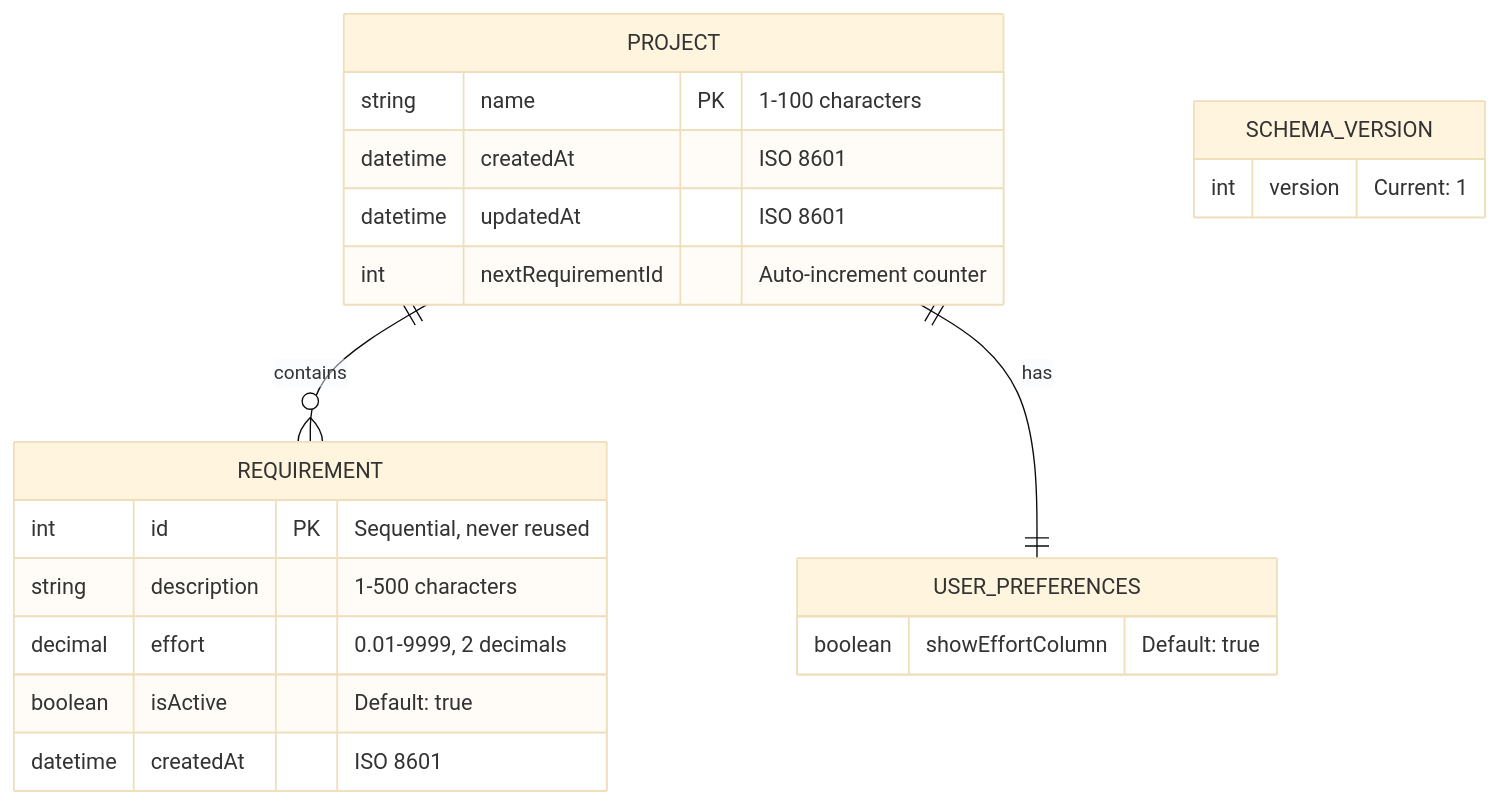
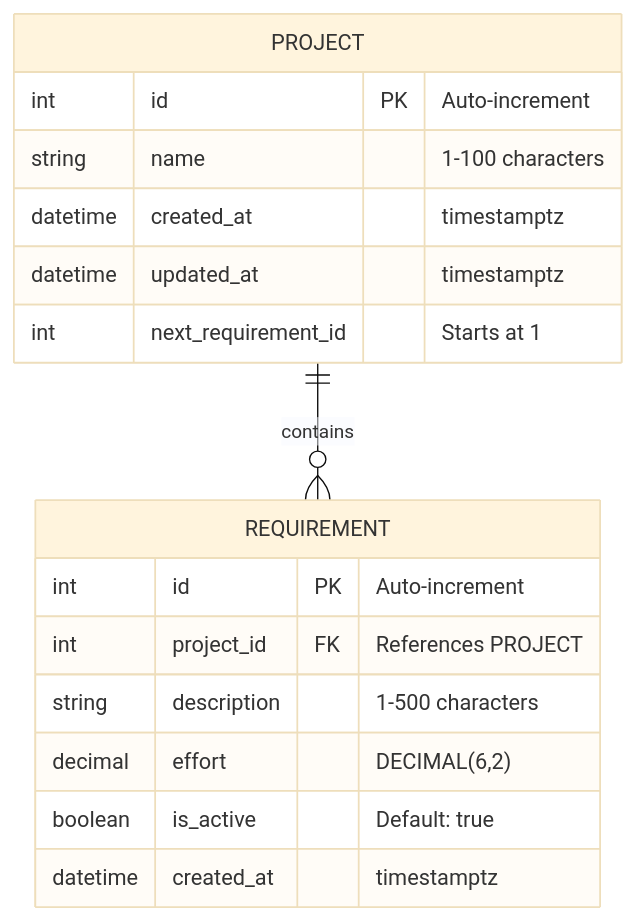
The tenth of 14 diagrams in docs/technical-spec.md (FirstRe/AIFIRST), drawn with Mermaid (base theme) before and after one commit. The commit also changed other lines of this file and 36 other files, not shown here.

````diff
--- a/docs/technical-spec.md
+++ b/docs/technical-spec.md
@@ -827,28 +1187,21 @@
 ```mermaid
 erDiagram
     PROJECT ||--o{ REQUIREMENT : "contains"
-    PROJECT ||--|| USER_PREFERENCES : "has"
 
     PROJECT {
-        string name PK "1-100 characters"
-        datetime createdAt "ISO 8601"
-        datetime updatedAt "ISO 8601"
-        int nextRequirementId "Auto-increment counter"
+        int id PK "Auto-increment"
+        string name "1-100 characters"
+        datetime created_at "timestamptz"
+        datetime updated_at "timestamptz"
+        int next_requirement_id "Starts at 1"
     }
 
     REQUIREMENT {
-        int id PK "Sequential, never reused"
+        int id PK "Auto-increment"
+        int project_id FK "References PROJECT"
         string description "1-500 characters"
-        decimal effort "0.01-9999, 2 decimals"
-        boolean isActive "Default: true"
-        datetime createdAt "ISO 8601"
-    }
-
-    USER_PREFERENCES {
-        boolean showEffortColumn "Default: true"
-    }
-
-    SCHEMA_VERSION {
-        int version "Current: 1"
+        decimal effort "DECIMAL(6,2)"
+        boolean is_active "Default: true"
+        datetime created_at "timestamptz"
     }
 ```
````
